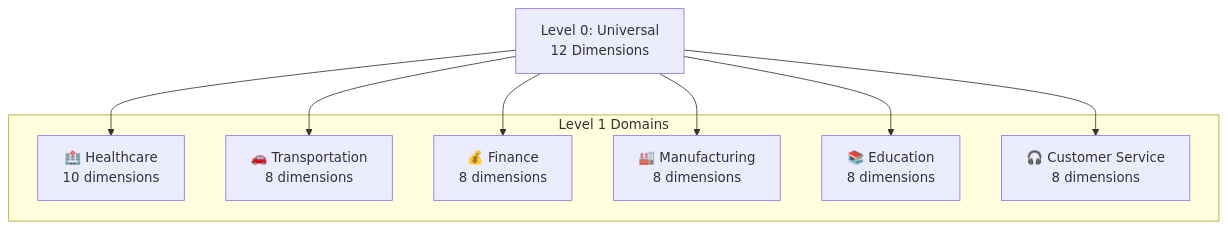
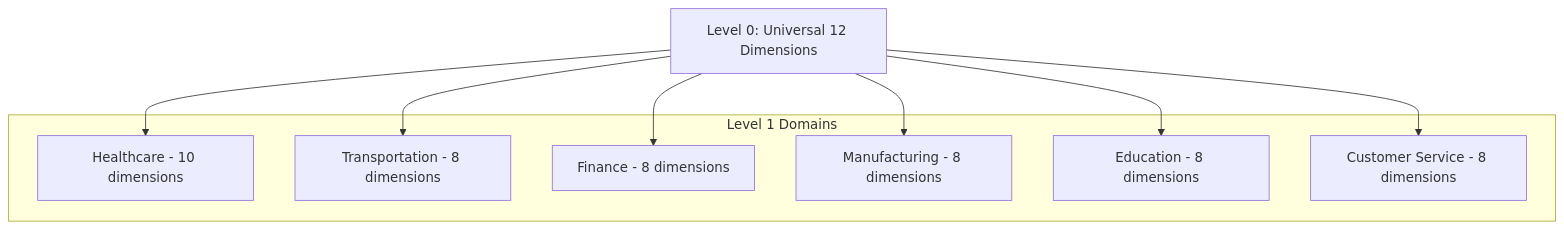
The sixth of 6 diagrams in docs/PRODUCT-BROCHURE.md (snchande/Arima-AiCMM), drawn with Mermaid before and after one commit. The commit also changed other lines of this file and 1 other file, not shown here.

First line of the commit message:
Add copy-paste CLI recipes and fix Mermaid diagrams

````diff
--- a/docs/PRODUCT-BROCHURE.md
+++ b/docs/PRODUCT-BROCHURE.md
@@ -584,20 +1004,18 @@
 ```mermaid
 graph TB
-    L0[Level 0: Universal<br/>12 Dimensions]
-
-    subgraph Domains["Level 1 Domains"]
-        HC[🏥 Healthcare<br/>10 dimensions]
-        TR[🚗 Transportation<br/>8 dimensions]
-        FI[💰 Finance<br/>8 dimensions]
-        MF[🏭 Manufacturing<br/>8 dimensions]
-        ED[📚 Education<br/>8 dimensions]
-        CS[🎧 Customer Service<br/>8 dimensions]
+    L0[Level 0: Universal 12 Dimensions]
+    subgraph Domains[Level 1 Domains]
+        HC[Healthcare - 10 dimensions]
+        TR[Transportation - 8 dimensions]
+        FI[Finance - 8 dimensions]
+        MF[Manufacturing - 8 dimensions]
+        ED[Education - 8 dimensions]
+        CS[Customer Service - 8 dimensions]
     end
-
     L0 --> HC
     L0 --> TR
     L0 --> FI
     L0 --> MF
     L0 --> ED
     L0 --> CS
 ```
````
